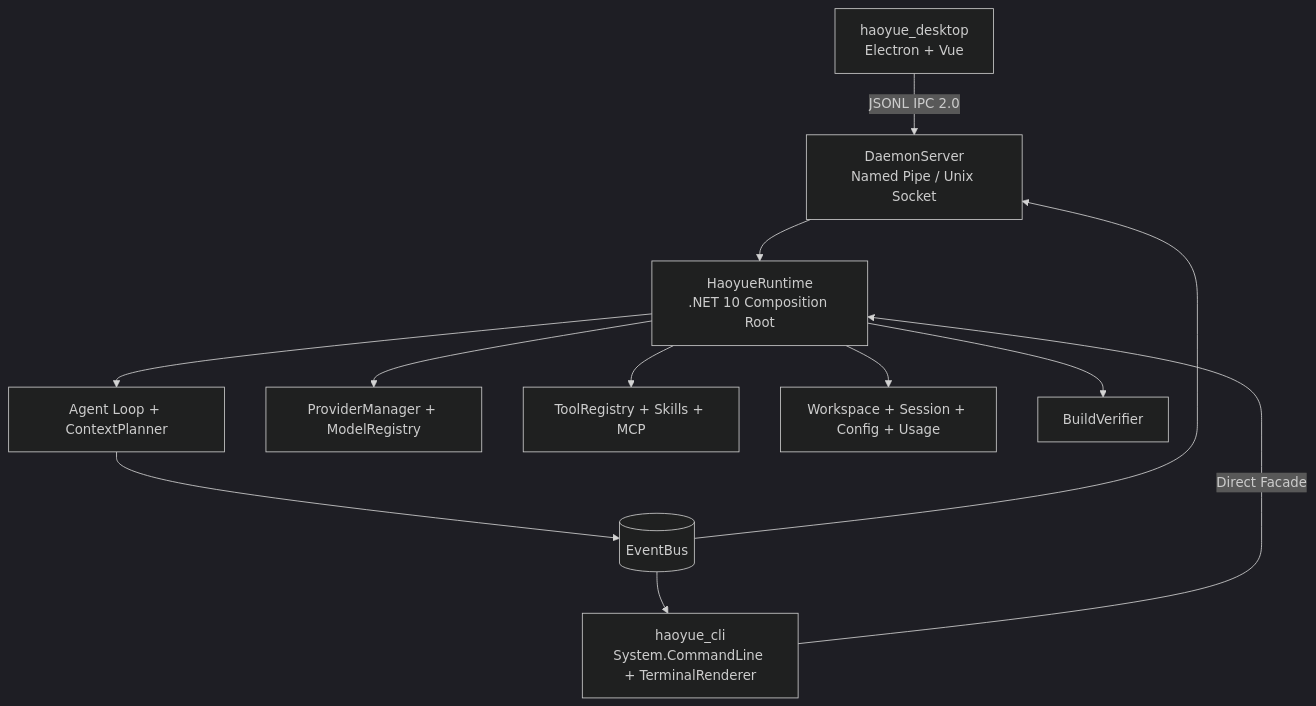
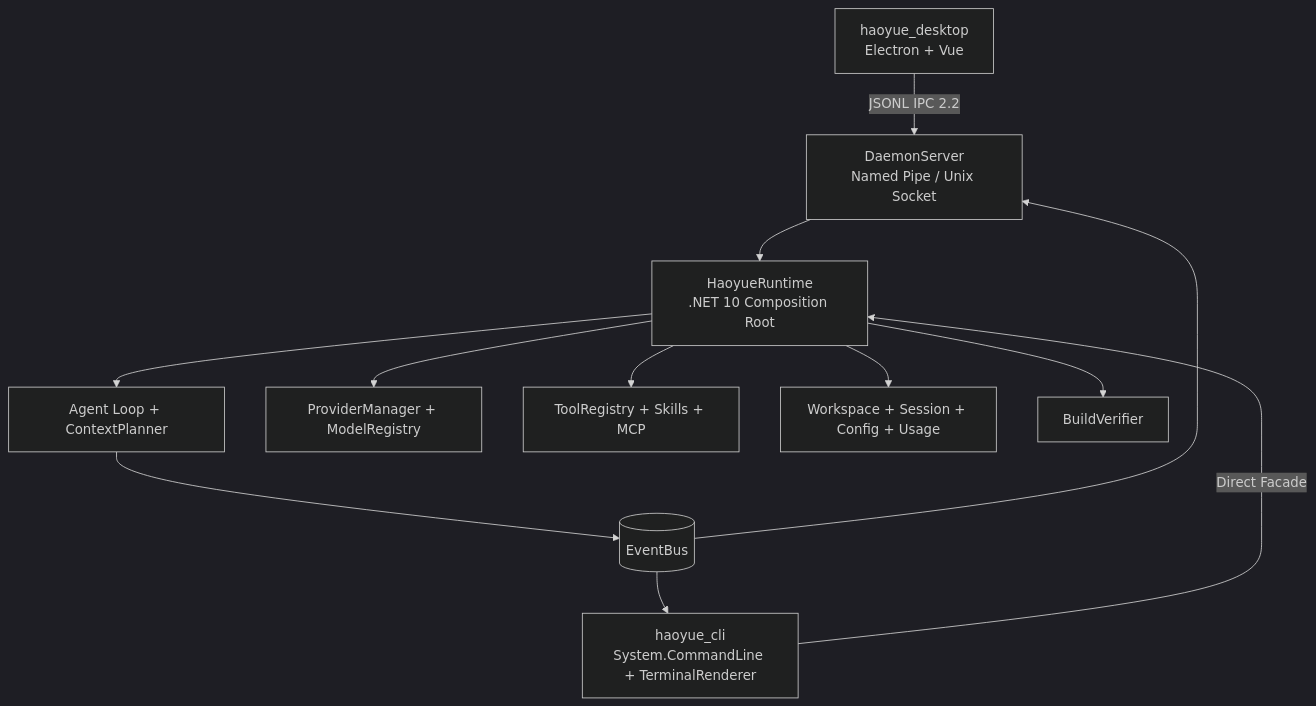
The first of 2 diagrams in haoyue_website/en/doc/architecture.md (Laogaodhck/haoyue), drawn with Mermaid (dark theme) before and after one commit. The commit also changed other lines of this file and 59 other files, not shown here.

````diff
--- a/haoyue_website/en/doc/architecture.md
+++ b/haoyue_website/en/doc/architecture.md
@@ -7,15 +7,15 @@
 ```mermaid
 flowchart TB
-    Desktop["haoyue_desktop<br/>Electron + Vue"] -->|"JSONL IPC 2.0"| Daemon["DaemonServer<br/>Named Pipe / Unix Socket"]
+    Desktop["haoyue_desktop<br/>Electron + Vue"] -->|"JSONL IPC 2.2"| Daemon["DaemonServer<br/>Named Pipe / Unix Socket"]
     CLI["haoyue_cli<br/>System.CommandLine + TerminalRenderer"] -->|"Direct Facade"| Runtime
     Daemon --> Runtime["HaoyueRuntime<br/>.NET 10 Composition Root"]
 
     Runtime --> Agent["Agent Loop + ContextPlanner"]
     Runtime --> Provider["ProviderManager + ModelRegistry"]
     Runtime --> Tools["ToolRegistry + Skills + MCP"]
     Runtime --> State["Workspace + Session + Config + Usage"]
     Runtime --> Verify["BuildVerifier"]
     Agent --> Bus[(EventBus)]
     Bus --> CLI
     Bus --> Daemon
 ```
````
